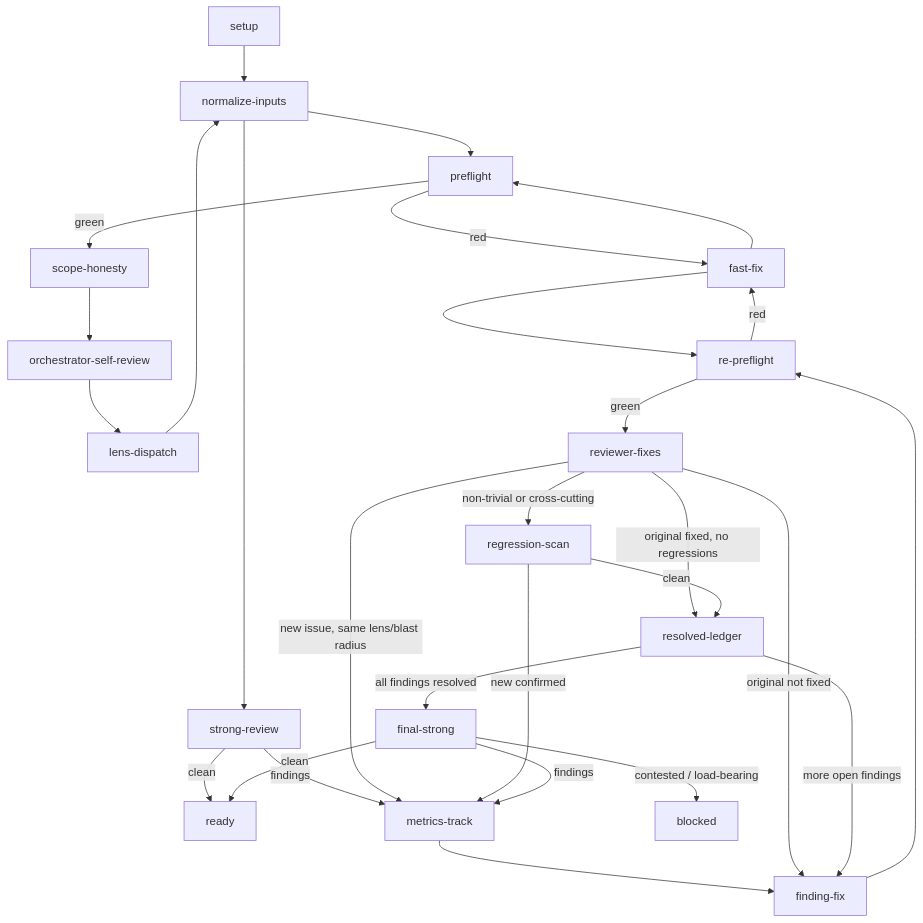
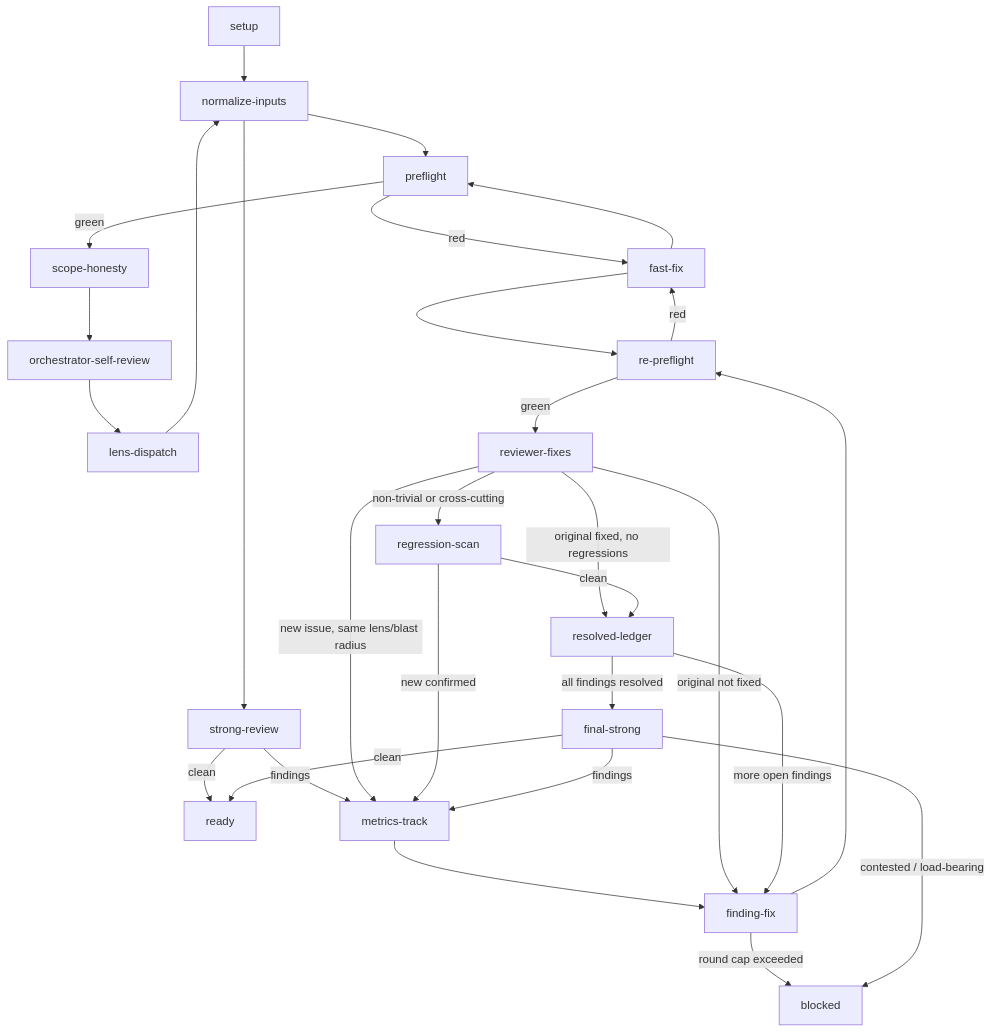
The diagram in codex-marketplace/plugins/superpowers-plus/skills/iterative-review/references/review-state-graph.md (HarleyBartles/agent-asset-marketplace), drawn with Mermaid before and after one commit. The commit also changed other lines of this file and 3 other files, not shown here.

````diff
--- a/codex-marketplace/plugins/superpowers-plus/skills/iterative-review/references/review-state-graph.md
+++ b/codex-marketplace/plugins/superpowers-plus/skills/iterative-review/references/review-state-graph.md
@@ -9,29 +9,30 @@
 ```mermaid
 flowchart TD
     setup --> normalize-inputs --> preflight
     preflight -->|red| fast-fix --> preflight
     preflight -->|green| scope-honesty --> orchestrator-self-review
     orchestrator-self-review --> lens-dispatch
     lens-dispatch --> normalize-inputs --> strong-review
     strong-review -->|clean| ready
     strong-review -->|findings| metrics-track
 
     metrics-track --> finding-fix
     finding-fix --> re-preflight
+    finding-fix -->|round cap exceeded| blocked
     re-preflight -->|red| fast-fix --> re-preflight
     re-preflight -->|green| reviewer-fixes
 
     reviewer-fixes -->|original fixed, no regressions| resolved-ledger
     reviewer-fixes -->|original not fixed| finding-fix
     reviewer-fixes -->|new issue, same lens/blast radius| metrics-track
     reviewer-fixes -->|non-trivial or cross-cutting| regression-scan
 
     regression-scan -->|clean| resolved-ledger
     regression-scan -->|new confirmed| metrics-track
 
     resolved-ledger -->|more open findings| finding-fix
     resolved-ledger -->|all findings resolved| final-strong
     final-strong -->|clean| ready
     final-strong -->|findings| metrics-track
     final-strong -->|contested / load-bearing| blocked
 ```
````
